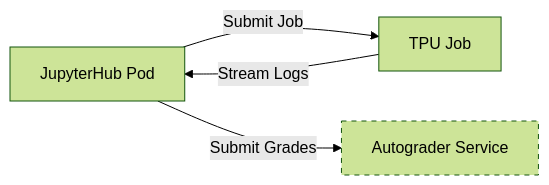
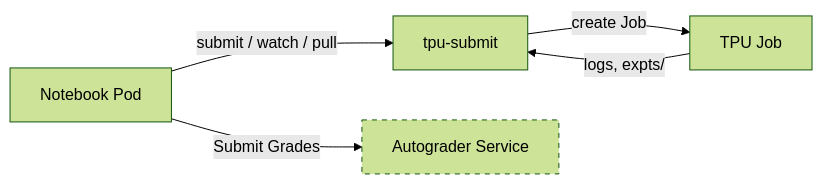
Before and after one commit to ayushmorbar/shared-tpu-notebooks: the diagram in docs/developer_guide.md, drawn with Mermaid (forest theme). The commit also changed other lines of this file and 43 other files, not shown here.

First line of the commit message:
Submit scripts as TPU jobs to TPUs

````diff
--- a/docs/developer_guide.md
+++ b/docs/developer_guide.md
@@ -44,12 +48,14 @@
 ```mermaid
 graph LR
-    Hub[JupyterHub Pod]
+    NB[Notebook Pod]
+    Svc[tpu-submit]
     Grading[Autograder Service]
     TPU[TPU Job]
-    
-    Hub -- "Submit Job" --> TPU
-    TPU -- "Stream Logs" --> Hub
-    Hub -- "Submit Grades" --> Grading
-    
+
+    NB -- "submit / watch / pull" --> Svc
+    Svc -- "create Job" --> TPU
+    TPU -- "logs, expts/" --> Svc
+    NB -- "Submit Grades" --> Grading
+
     style Grading stroke-dasharray: 5 5
 ```
````
